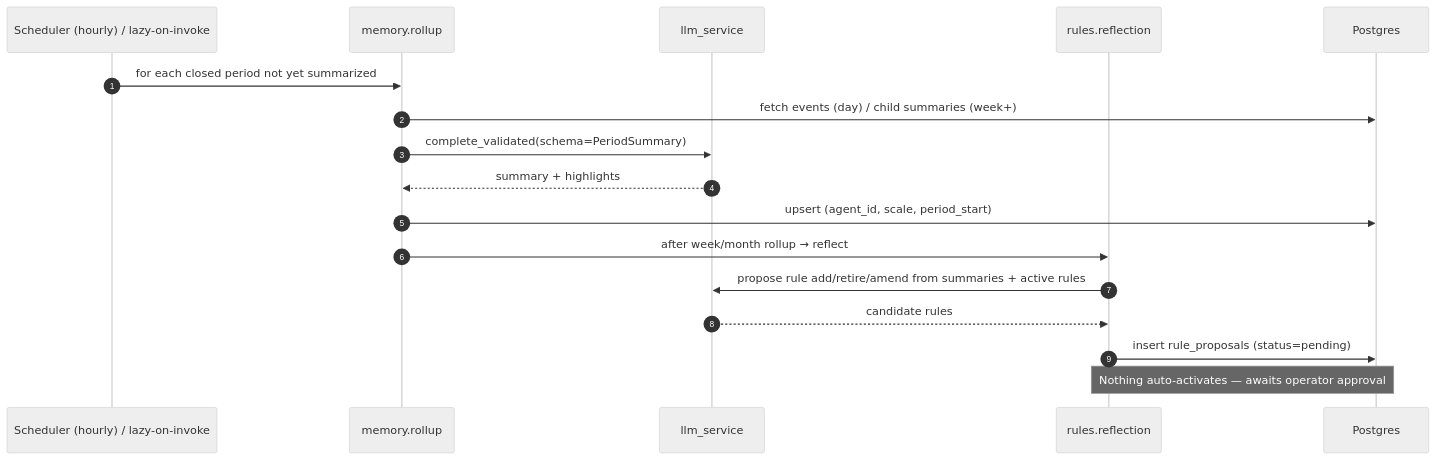
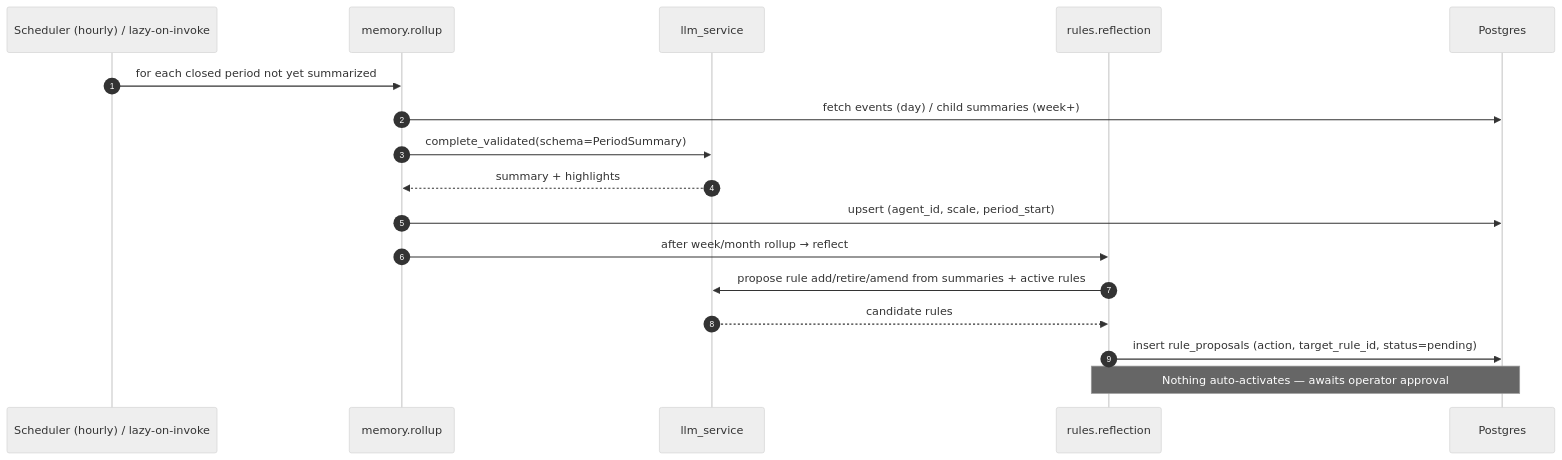
The fourth of 6 diagrams in backend/agents/agent_cognition/DESIGN.md (brandonkindred/Khala-Agentic-AI-Teams), drawn with Mermaid (neutral theme) before and after one commit. The commit also changed other lines of this file and 1 other file, not shown here.

````diff
--- a/backend/agents/agent_cognition/DESIGN.md
+++ b/backend/agents/agent_cognition/DESIGN.md
@@ -213,20 +239,20 @@
 ```mermaid
 sequenceDiagram
   autonumber
   participant SCH as Scheduler (hourly) / lazy-on-invoke
   participant MEM as memory.rollup
   participant LLM as llm_service
   participant REF as rules.reflection
   participant PG as Postgres
 
   SCH->>MEM: for each closed period not yet summarized
   MEM->>PG: fetch events (day) / child summaries (week+)
   MEM->>LLM: complete_validated(schema=PeriodSummary)
   LLM-->>MEM: summary + highlights
   MEM->>PG: upsert (agent_id, scale, period_start)
   MEM->>REF: after week/month rollup → reflect
   REF->>LLM: propose rule add/retire/amend from summaries + active rules
   LLM-->>REF: candidate rules
-  REF->>PG: insert rule_proposals (status=pending)
+  REF->>PG: insert rule_proposals (action, target_rule_id, status=pending)
   Note over REF,PG: Nothing auto-activates — awaits operator approval
 ```
````
